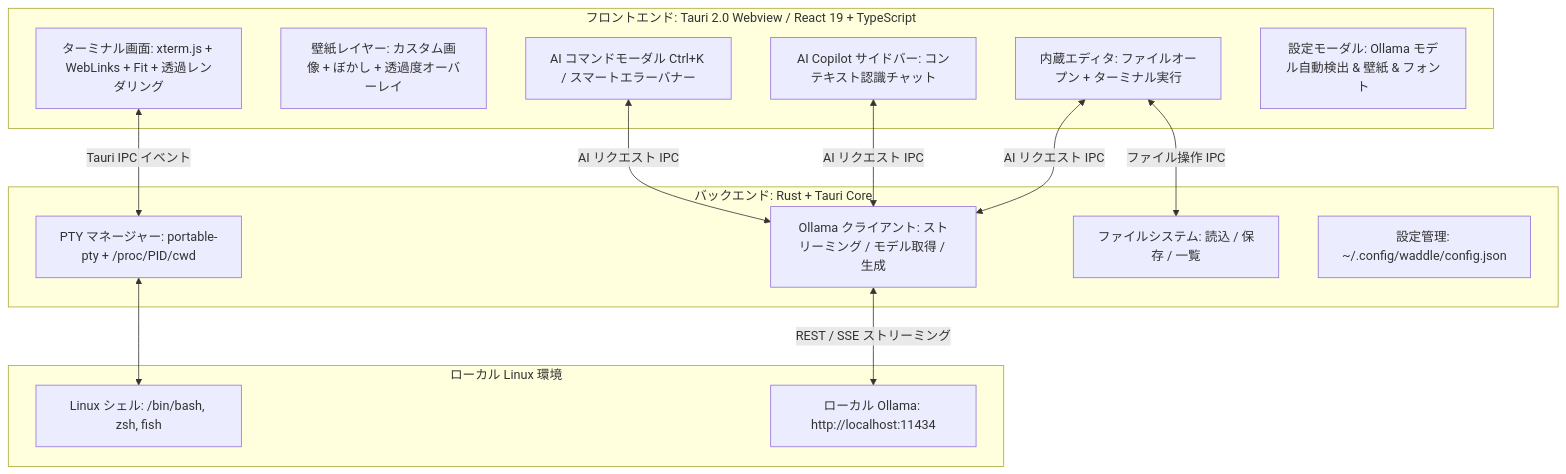
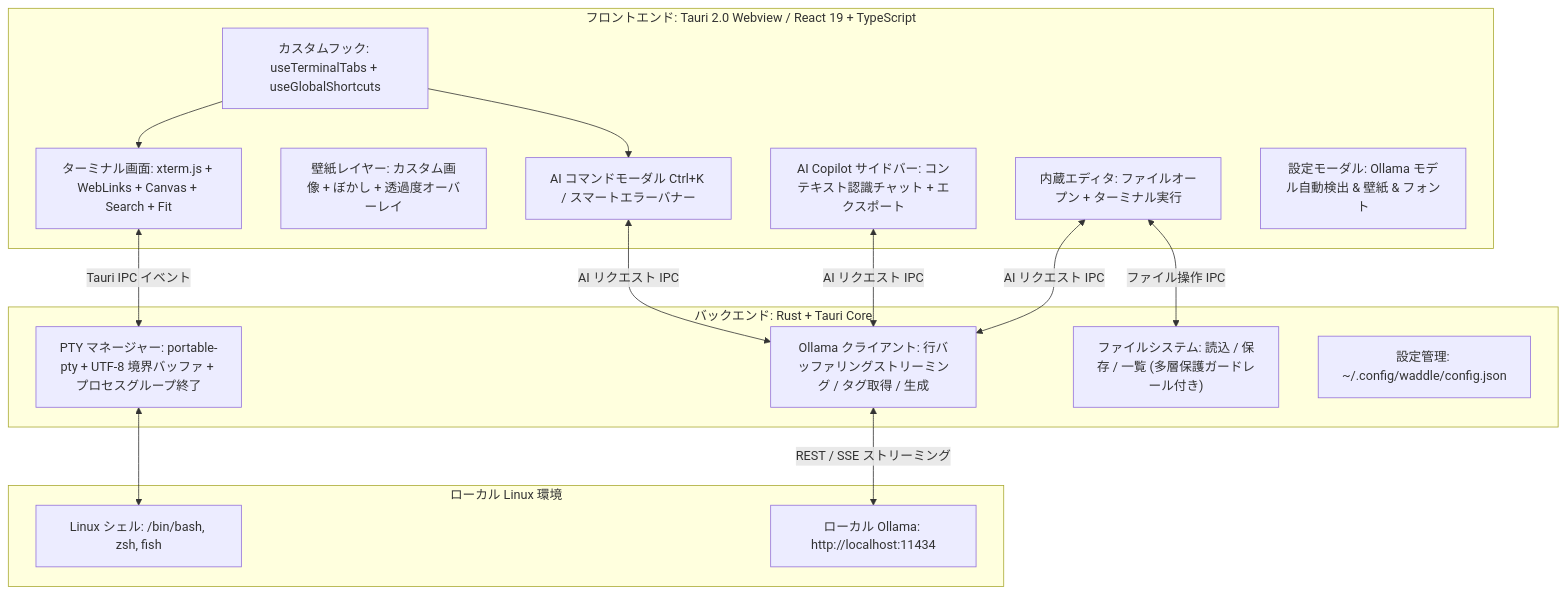
The diagram in README.ja.md (wammed/Waddle), drawn with Mermaid before and after one commit. The commit also changed other lines of this file and 34 other files, not shown here.

Commit message:
feat: implement terminal tab management and integrate xterm-addon-search

````diff
--- a/README.ja.md
+++ b/README.ja.md
@@ -183,29 +197,32 @@
 ```mermaid
 graph TD
     subgraph UI_Layer ["フロントエンド: Tauri 2.0 Webview / React 19 + TypeScript"]
-        TermView["ターミナル画面: xterm.js + WebLinks + Fit + 透過レンダリング"]
+        TermView["ターミナル画面: xterm.js + WebLinks + Canvas + Search + Fit"]
         WallLayer["壁紙レイヤー: カスタム画像 + ぼかし + 透過度オーバーレイ"]
         Editor["内蔵エディタ: ファイルオープン + ターミナル実行"]
         AIOverlay["AI コマンドモーダル Ctrl+K / スマートエラーバナー"]
-        Copilot["AI Copilot サイドバー: コンテキスト認識チャット"]
+        Copilot["AI Copilot サイドバー: コンテキスト認識チャット + エクスポート"]
         Settings["設定モーダル: Ollama モデル自動検出 & 壁紙 & フォント"]
+        Hooks["カスタムフック: useTerminalTabs + useGlobalShortcuts"]
     end
 
     subgraph Rust_Backend ["バックエンド: Rust + Tauri Core"]
-        PtyMgr["PTY マネージャー: portable-pty + /proc/PID/cwd"]
-        AiCore["Ollama クライアント: ストリーミング / モデル取得 / 生成"]
-        FileIO["ファイルシステム: 読込 / 保存 / 一覧"]
+        PtyMgr["PTY マネージャー: portable-pty + UTF-8 境界バッファ + プロセスグループ終了"]
+        AiCore["Ollama クライアント: 行バッファリングストリーミング / タグ取得 / 生成"]
+        FileIO["ファイルシステム: 読込 / 保存 / 一覧 (多層保護ガードレール付き)"]
         ConfigMgr["設定管理: ~/.config/waddle/config.json"]
     end
 
     subgraph System_Layer ["ローカル Linux 環境"]
         Shell["Linux シェル: /bin/bash, zsh, fish"]
         Ollama["ローカル Ollama: http://localhost:11434"]
     end
 
     TermView <-->|Tauri IPC イベント| PtyMgr
     PtyMgr <--> Shell
     Editor <-->|ファイル操作 IPC| FileIO
     AIOverlay & Copilot & Editor <-->|AI リクエスト IPC| AiCore
     AiCore <-->|REST / SSE ストリーミング| Ollama
+    Hooks --> TermView
+    Hooks --> AIOverlay
 ```
````
